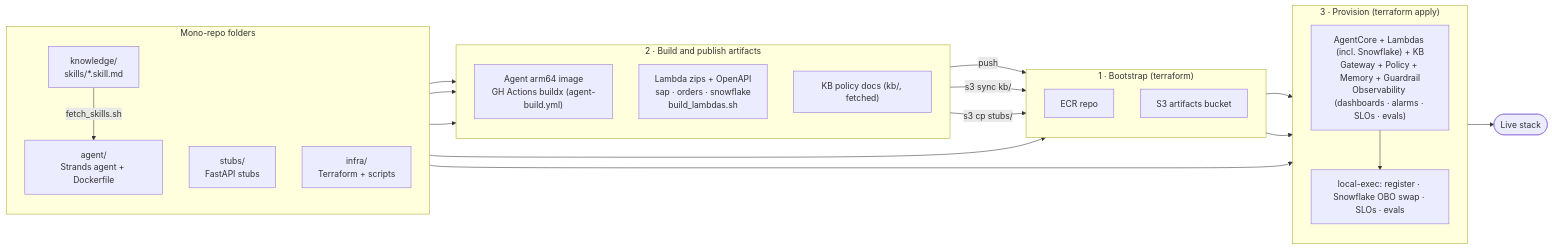
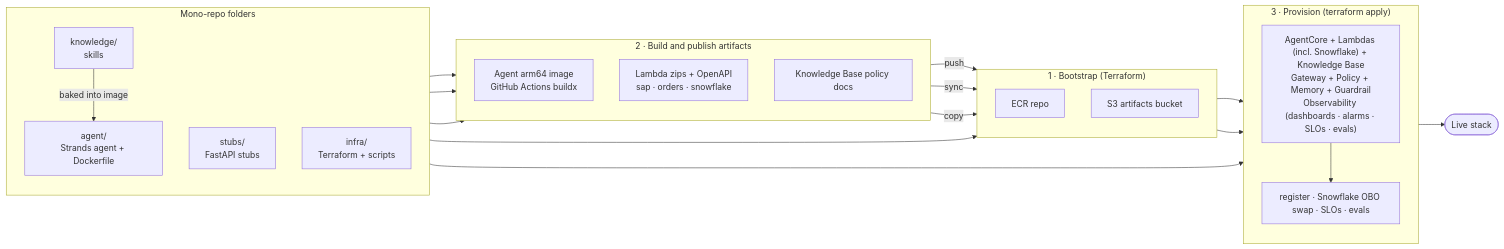
The diagram in infra/README.md (aniryou/bedrock-demo), drawn with Mermaid before and after one commit. The commit also changed other lines of this file and 11 other files, not shown here.

````diff
--- a/infra/README.md
+++ b/infra/README.md
@@ -94,41 +64,41 @@
 ```mermaid
 flowchart LR
     subgraph repos["Mono-repo folders"]
         direction TB
-        skills["knowledge/<br/>skills/*.skill.md"]
+        skills["knowledge/<br/>skills"]
         agentrepo["agent/<br/>Strands agent + Dockerfile"]
         stubsrepo["stubs/<br/>FastAPI stubs"]
         infrarepo["infra/<br/>Terraform + scripts"]
     end
 
-    subgraph step2["2 · Build and publish artifacts"]
-        direction TB
-        img["Agent arm64 image<br/>GH Actions buildx (agent-build.yml)"]
-        zips["Lambda zips + OpenAPI<br/>sap · orders · snowflake<br/>build_lambdas.sh"]
-        kbdocs["KB policy docs (kb/, fetched)"]
-    end
-
-    subgraph step1["1 · Bootstrap (terraform)"]
+    subgraph step1["1 · Bootstrap (Terraform)"]
         direction TB
         ecr["ECR repo"]
         s3["S3 artifacts bucket"]
     end
 
+    subgraph step2["2 · Build and publish artifacts"]
+        direction TB
+        img["Agent arm64 image<br/>GitHub Actions buildx"]
+        zips["Lambda zips + OpenAPI<br/>sap · orders · snowflake"]
+        kbdocs["Knowledge Base policy docs"]
+    end
+
     subgraph step3["3 · Provision (terraform apply)"]
         direction TB
-        tf["AgentCore + Lambdas (incl. Snowflake) + KB<br/>Gateway + Policy + Memory + Guardrail<br/>Observability (dashboards · alarms · SLOs · evals)"]
-        reg["local-exec: register · Snowflake OBO swap · SLOs · evals"]
+        tf["AgentCore + Lambdas (incl. Snowflake) + Knowledge Base<br/>Gateway + Policy + Memory + Guardrail<br/>Observability (dashboards · alarms · SLOs · evals)"]
+        reg["register · Snowflake OBO swap · SLOs · evals"]
     end
 
     live(["Live stack"])
 
     infrarepo --> step1
-    skills -->|fetch_skills.sh| agentrepo
+    skills -->|baked into image| agentrepo
     agentrepo --> img -->|push| ecr
-    agentrepo --> kbdocs -->|"s3 sync kb/"| s3
-    stubsrepo --> zips -->|"s3 cp stubs/"| s3
+    agentrepo --> kbdocs -->|sync| s3
+    stubsrepo --> zips -->|copy| s3
     ecr --> tf
     s3 --> tf
     infrarepo --> step3
     tf --> reg --> live
 ```
````
